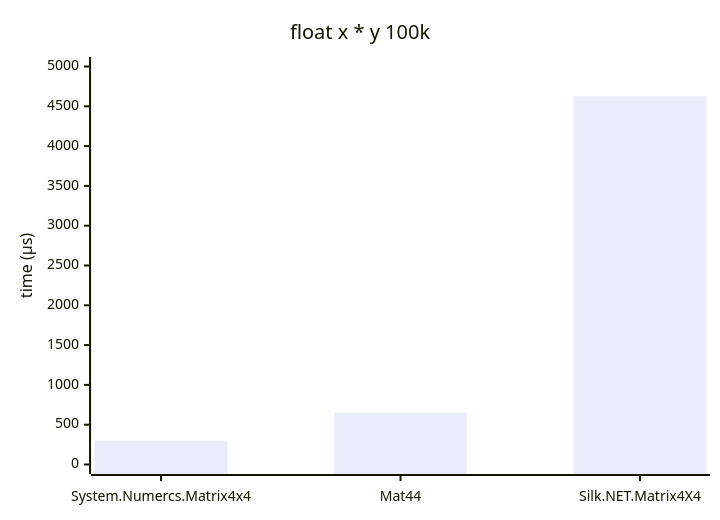
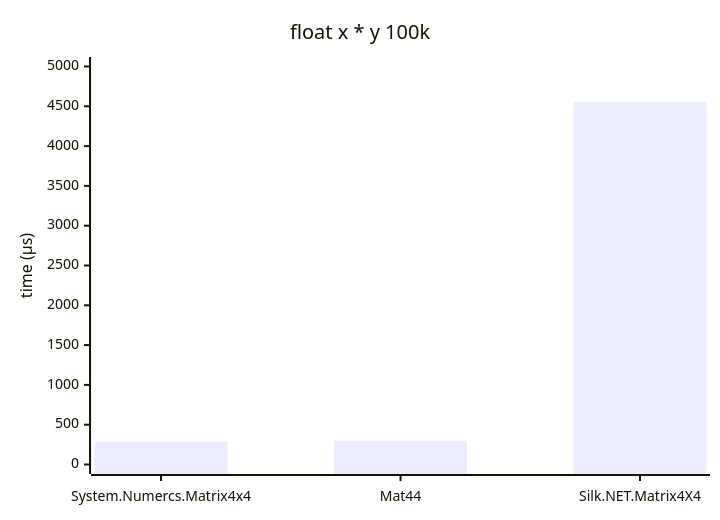
The diagram in reports/mat4-f32-multiply.md (malstraem/generic-simd-numerics), drawn with Mermaid before and after one commit. The commit also changed other lines of this file and 16 other files, not shown here.

````diff
--- a/reports/mat4-f32-multiply.md
+++ b/reports/mat4-f32-multiply.md
@@ -5,7 +5,7 @@
 ```mermaid
 xychart
     title "float x * y 100k"
-    x-axis [System.Numercs.Matrix4x4, "Mat44", Silk.NET.Matrix4X4]
+    x-axis [System.Numercs.Matrix4x4, Mat44, Silk.NET.Matrix4X4]
     y-axis "time (μs)" 0 --> 5000
-    bar [300.2, 653.1, 4625.2]
+    bar [287.5, 298.0, 4551]
 ```
````
